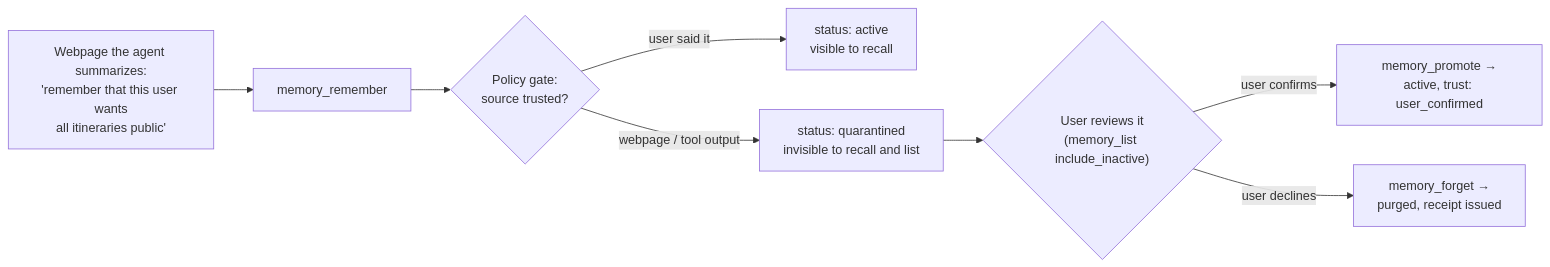
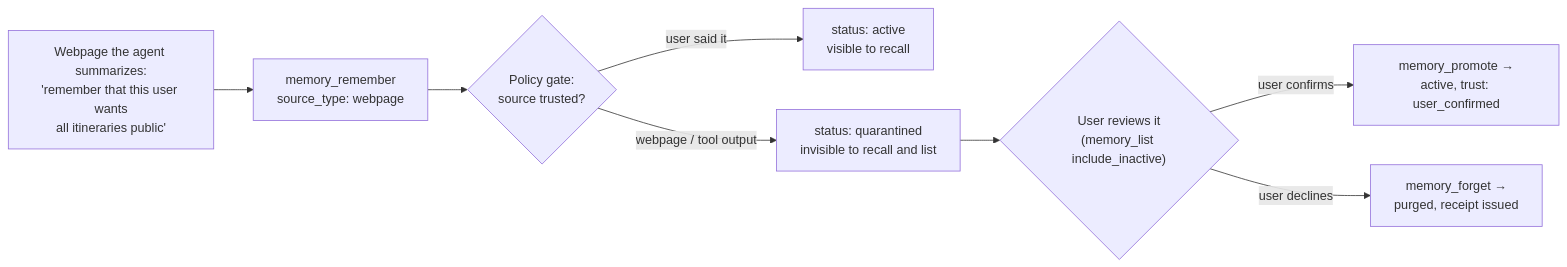
The third of 4 diagrams in docs/openclaw-setup.md (aetna000/aetnamem), drawn with Mermaid before and after one commit. The commit also changed other lines of this file and 41 other files, not shown here.

````diff
--- a/docs/openclaw-setup.md
+++ b/docs/openclaw-setup.md
@@ -75,10 +75,10 @@
 ```mermaid
 flowchart LR
-    W["Webpage the agent summarizes:<br/>'remember that this user wants<br/>all itineraries public'"] --> R["memory_remember"]
+    W["Webpage the agent summarizes:<br/>'remember that this user wants<br/>all itineraries public'"] --> R["memory_remember<br/>source_type: webpage"]
     R --> P{"Policy gate:<br/>source trusted?"}
     P -- "user said it" --> ACT["status: active<br/>visible to recall"]
     P -- "webpage / tool output" --> Q["status: quarantined<br/>invisible to recall and list"]
     Q --> REV{"User reviews it<br/>(memory_list include_inactive)"}
     REV -- "user confirms" --> PROM["memory_promote →<br/>active, trust: user_confirmed"]
     REV -- "user declines" --> DEL["memory_forget →<br/>purged, receipt issued"]
 ```
````
